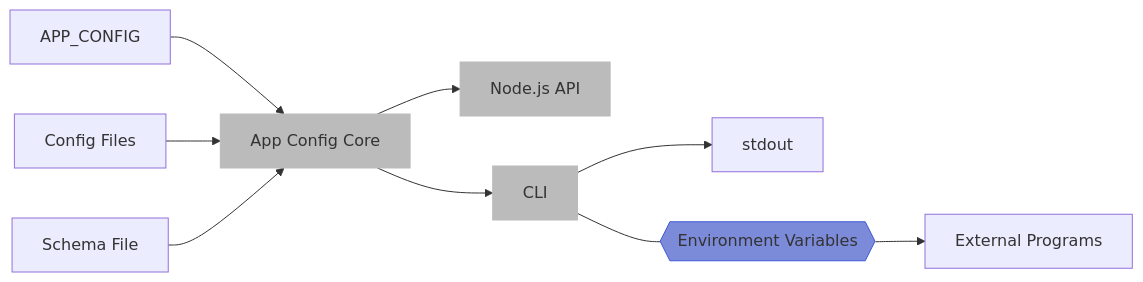
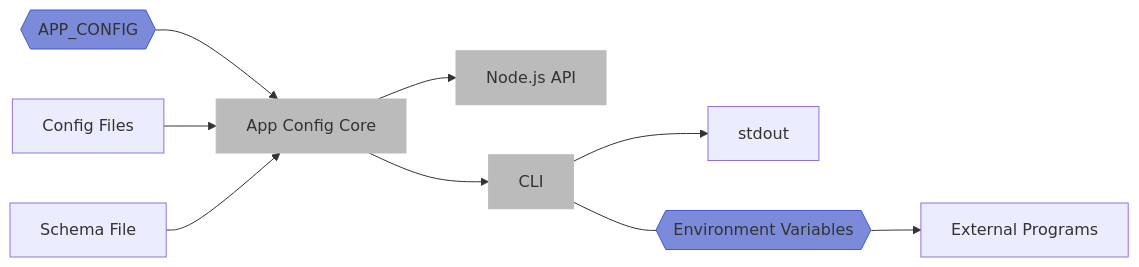
Before and after one commit to launchcodedev/app-config: the diagram in docs/guide/intro/cli.md, drawn with Mermaid. The commit also changed other lines of this file and 18 other files, not shown here.

````diff
--- a/docs/guide/intro/cli.md
+++ b/docs/guide/intro/cli.md
@@ -14,25 +14,26 @@
 ```mermaid
 graph LR
     files[Config Files]
-    env[APP_CONFIG]
+    env{{APP_CONFIG}}
     schema[Schema File]
     core[App Config Core]
     api[Node.js API]
     cli[CLI]
     stdout[stdout]
     envs{{Environment Variables}}
     ext[External Programs]
 
     env --> core
     files --> core
     schema --> core
     core --> api
     core --> cli
     cli --> stdout
     cli --- envs --> ext
 
     style cli fill:#BBB,stroke:#BBB
     style api fill:#BBB,stroke:#BBB
     style core fill:#BBB,stroke:#BBB
+    style env fill:#7c8bd9,stroke:#3f58d4
     style envs fill:#7c8bd9,stroke:#3f58d4
 ```
````
